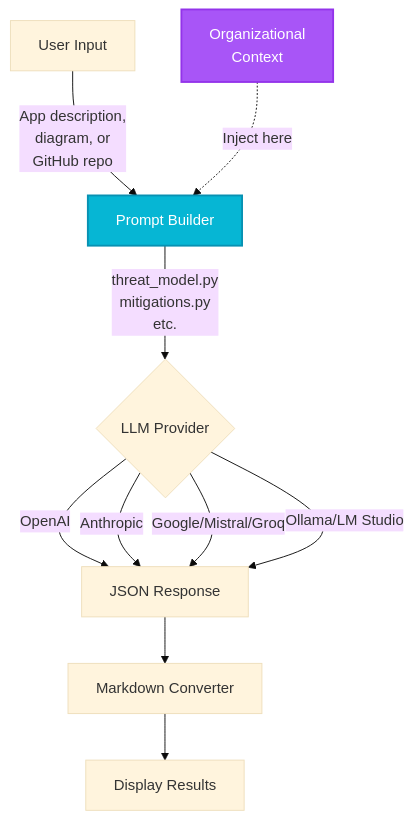
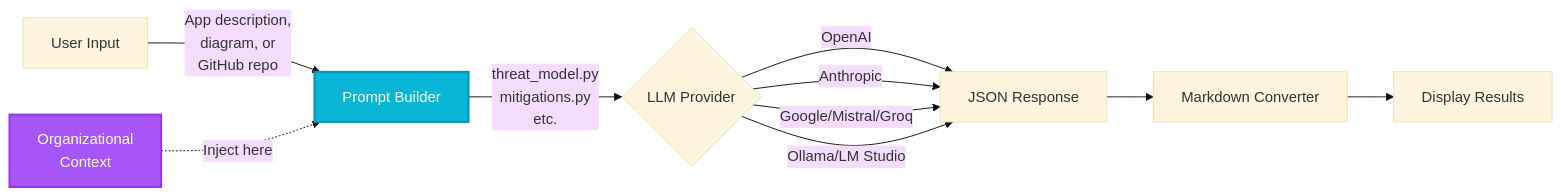
The diagram in docs/AI_Short_Crime_Story_Generator/index.md (AdamoxB/ds_ai_portfolio), drawn with Mermaid (base theme) before and after one commit.

Commit message:
'changes'

````diff
--- a/docs/AI_Short_Crime_Story_Generator/index.md
+++ b/docs/AI_Short_Crime_Story_Generator/index.md
@@ -16,16 +16,16 @@
 ```mermaid
-flowchart TD
+flowchart LR
     A[User Input] -->|App description,<br/>diagram, or<br/>GitHub repo| B[Prompt Builder]
     B -->|threat_model.py<br/>mitigations.py<br/>etc.| C{LLM Provider}
     C -->|OpenAI| D[JSON Response]
     C -->|Anthropic| D
     C -->|Google/Mistral/Groq| D
     C -->|Ollama/LM Studio| D
     D --> E[Markdown Converter]
     E --> F[Display Results]
 
     G[Organizational<br/>Context] -.->|Inject here| B
 
     style G fill:#A855F7,stroke:#9333EA,stroke-width:2px,color:#fff
     style B fill:#06B6D4,stroke:#0891B2,stroke-width:2px,color:#fff
 ```
````
